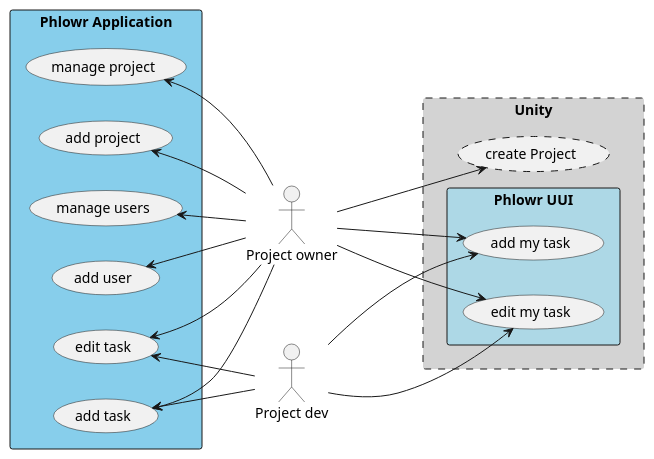
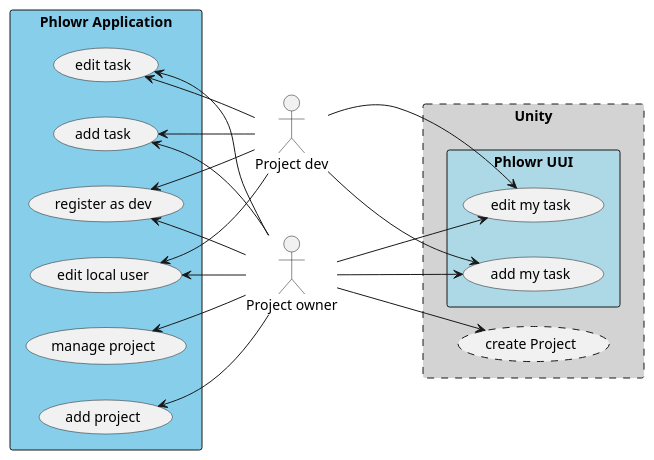
The diagram in documentation/content/diagrams/usecase/overview.wsd (Fr0sTieCH/Diplomarbeit), drawn with PlantUML before and after one commit. The commit also changed 58 other files, not shown here.

```diff
--- a/documentation/content/diagrams/usecase/overview.wsd
+++ b/documentation/content/diagrams/usecase/overview.wsd
@@ -1,48 +1,48 @@
 @startuml overviewUseCase
 left to right direction
 actor "Project owner" as po
 actor "Project dev" as dev
 
 
 rectangle "Phlowr Application" as app #SkyBlue{
-    usecase "add project" as addProject
-    usecase "manage project" as manageProject
-    usecase "add task" as addTask
-    usecase "edit task" as editTask
-    usecase "add user" as addUser
-    usecase "manage users" as manageUsers
+    usecase "add project" as addProject 
+    usecase "manage project" as manageProject 
+    usecase "add task" as addTask 
+    usecase "edit task" as editTask 
+    usecase "edit local user" as manageUser 
+    usecase "register as dev" as registerUser 
 
 }
 
 rectangle "Unity" as unity #LightGrey;line.dashed;{
     usecase "create Project" as createProject #line.dashed;
 
     rectangle "Phlowr UUI" as UI #LightBlue{
-        usecase "add my task" as addTaskUUI
-        usecase "edit my task" as editTaskUUI
+        usecase "add my task" as addTaskUUI 
+        usecase "edit my task" as editTaskUUI 
     }
 
 } 
 
 po ---> createProject
 
 po ---> addTaskUUI
 po ---> editTaskUUI
 
 
 po -u-> addProject
 po -u-> addTask
 po -u-> editTask
 po -u-> manageProject
-po -u-> addUser
-po -u-> manageUsers
+po -u-> manageUser
+po -u-> registerUser
 
 
-dev ---> addTaskUUI
-dev ---> editTaskUUI
+dev -d-> addTaskUUI
+dev -d-> editTaskUUI
+dev -d-> registerUser
+dev -d-> manageUser
 
 dev -u-> addTask
 dev -u-> editTask
-
-
 @enduml
```
